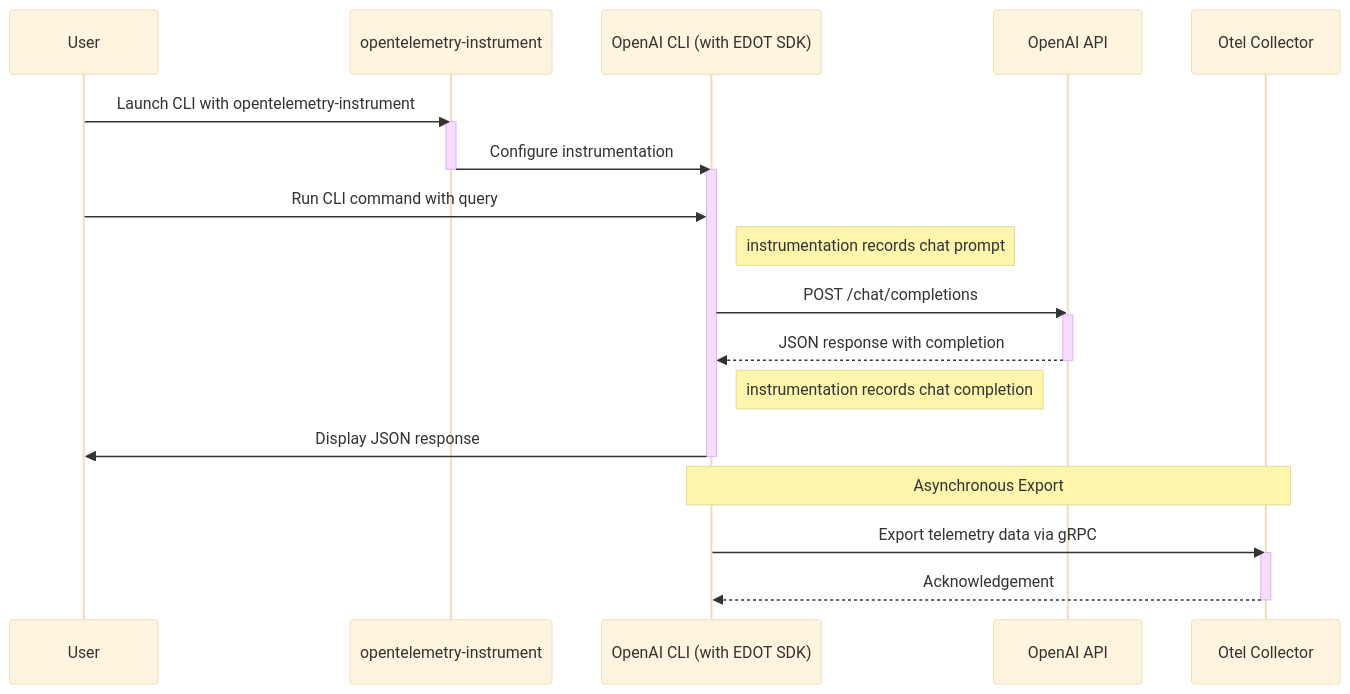
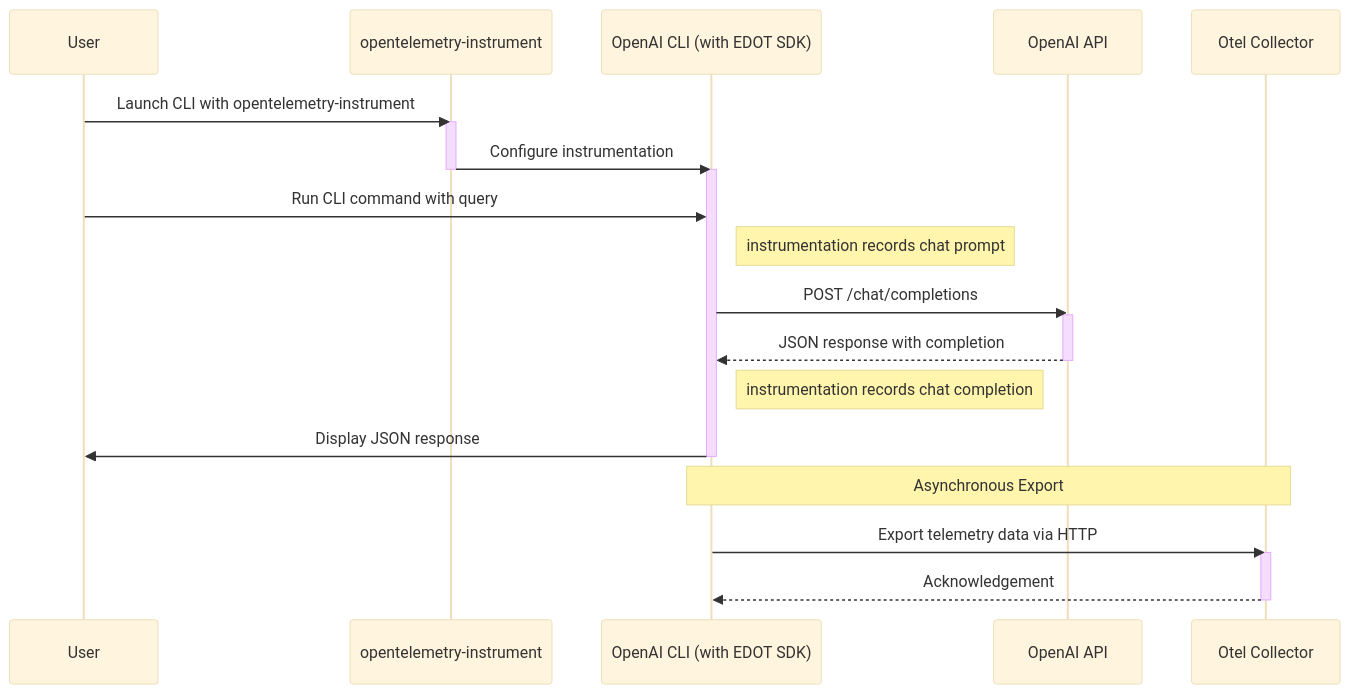
The diagram in 03-opentelemetry/README.md (elastic/testing-genai-applications), drawn with Mermaid (base theme) before and after one commit. The commit also changed 39 other files, not shown here.

````diff
--- a/03-opentelemetry/README.md
+++ b/03-opentelemetry/README.md
@@ -15,28 +15,28 @@
 ```mermaid
 sequenceDiagram
     participant User
     participant OTEL as opentelemetry-instrument
     participant CLI as OpenAI CLI (with EDOT SDK)
     participant API as OpenAI API
     participant Collector as Otel Collector
 
     User ->> OTEL: Launch CLI with opentelemetry-instrument
     activate OTEL
     OTEL ->> CLI: Configure instrumentation
     deactivate OTEL
     activate CLI
     User ->> CLI: Run CLI command with query
     Note right of CLI: instrumentation records chat prompt
     CLI ->> API: POST /chat/completions
     activate API
     API -->> CLI: JSON response with completion
     deactivate API
     Note right of CLI: instrumentation records chat completion
     CLI ->> User: Display JSON response
     deactivate CLI
     Note over CLI,Collector: Asynchronous Export
-    CLI ->> Collector: Export telemetry data via gRPC
+    CLI ->> Collector: Export telemetry data via HTTP
     activate Collector
     Collector -->> CLI: Acknowledgement
     deactivate Collector
 ```
````
